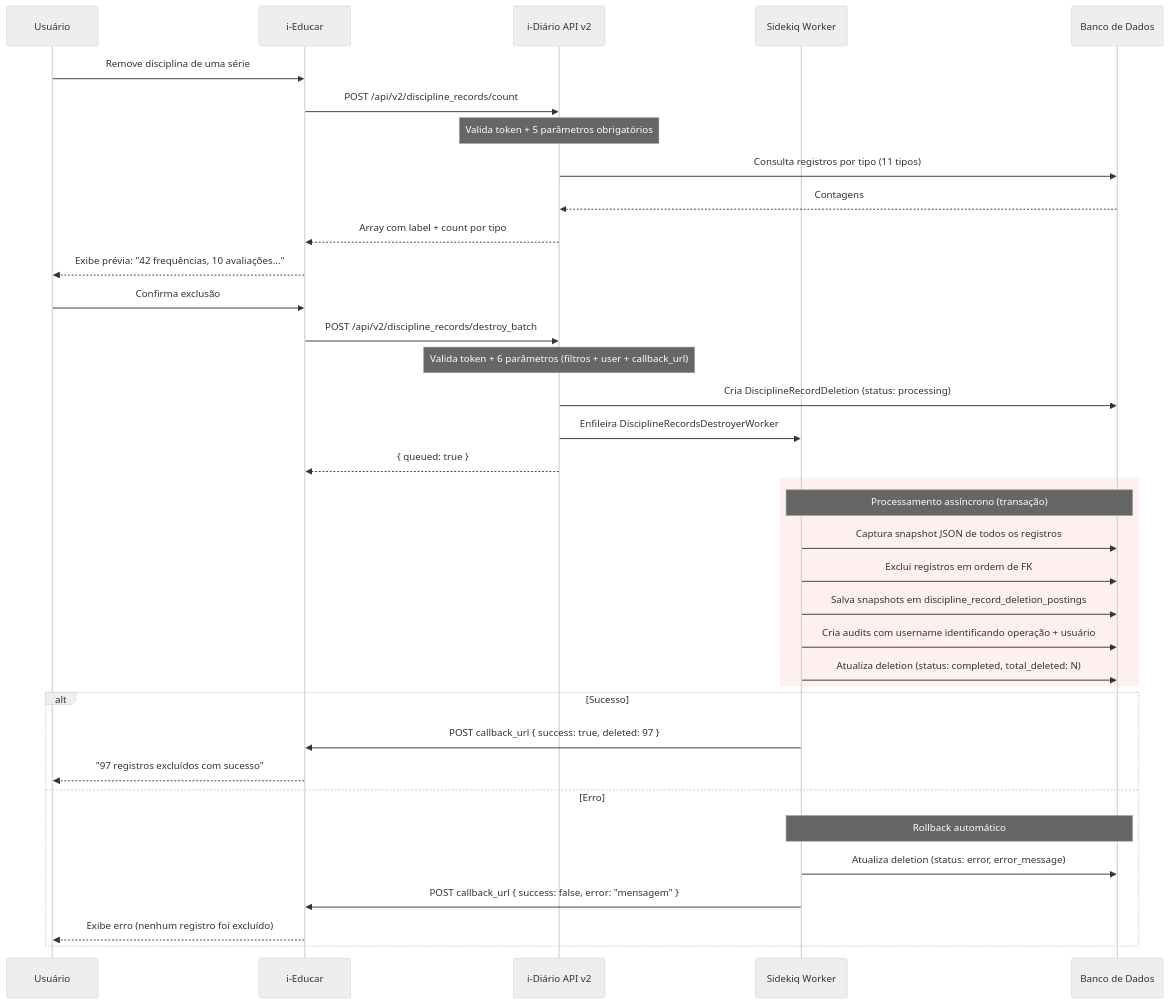
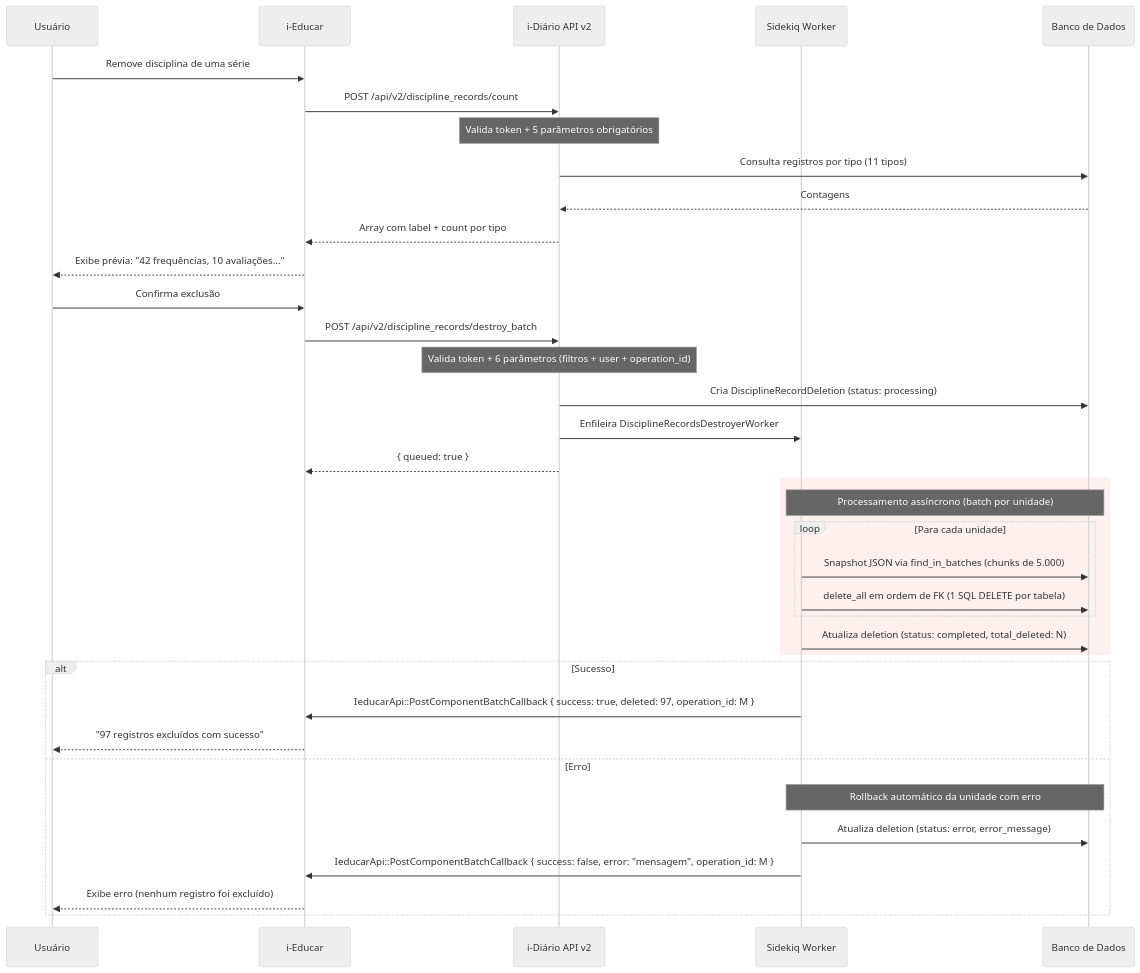
Before and after one commit to portabilis/i-diario: the first of 4 diagrams in docs/api-v2-exclusao-lote-disciplinas.md, drawn with Mermaid (neutral theme). The commit also changed other lines of this file, not shown here.

Commit message:
docs: atualiza documentação da API v2 com operation_id, delete_all e batch por unidade

````diff
--- a/docs/api-v2-exclusao-lote-disciplinas.md
+++ b/docs/api-v2-exclusao-lote-disciplinas.md
@@ -13,42 +13,42 @@
 ```mermaid
 sequenceDiagram
     participant Usuário
     participant iEducar as i-Educar
     participant API as i-Diário API v2
     participant Sidekiq as Sidekiq Worker
     participant DB as Banco de Dados
 
     Usuário->>iEducar: Remove disciplina de uma série
     iEducar->>API: POST /api/v2/discipline_records/count
     Note over API: Valida token + 5 parâmetros obrigatórios
     API->>DB: Consulta registros por tipo (11 tipos)
     DB-->>API: Contagens
     API-->>iEducar: Array com label + count por tipo
     iEducar-->>Usuário: Exibe prévia: "42 frequências, 10 avaliações..."
 
     Usuário->>iEducar: Confirma exclusão
     iEducar->>API: POST /api/v2/discipline_records/destroy_batch
-    Note over API: Valida token + 6 parâmetros (filtros + user + callback_url)
+    Note over API: Valida token + 6 parâmetros (filtros + user + operation_id)
     API->>DB: Cria DisciplineRecordDeletion (status: processing)
     API->>Sidekiq: Enfileira DisciplineRecordsDestroyerWorker
     API-->>iEducar: { queued: true }
 
     rect rgb(255, 240, 240)
-        Note over Sidekiq,DB: Processamento assíncrono (transação)
-        Sidekiq->>DB: Captura snapshot JSON de todos os registros
-        Sidekiq->>DB: Exclui registros em ordem de FK
-        Sidekiq->>DB: Salva snapshots em discipline_record_deletion_postings
-        Sidekiq->>DB: Cria audits com username identificando operação + usuário
+        Note over Sidekiq,DB: Processamento assíncrono (batch por unidade)
+        loop Para cada unidade
+            Sidekiq->>DB: Snapshot JSON via find_in_batches (chunks de 5.000)
+            Sidekiq->>DB: delete_all em ordem de FK (1 SQL DELETE por tabela)
+        end
         Sidekiq->>DB: Atualiza deletion (status: completed, total_deleted: N)
     end
 
     alt Sucesso
-        Sidekiq->>iEducar: POST callback_url { success: true, deleted: 97 }
+        Sidekiq->>iEducar: IeducarApi::PostComponentBatchCallback { success: true, deleted: 97, operation_id: M }
         iEducar-->>Usuário: "97 registros excluídos com sucesso"
     else Erro
-        Note over Sidekiq,DB: Rollback automático
+        Note over Sidekiq,DB: Rollback automático da unidade com erro
         Sidekiq->>DB: Atualiza deletion (status: error, error_message)
-        Sidekiq->>iEducar: POST callback_url { success: false, error: "mensagem" }
+        Sidekiq->>iEducar: IeducarApi::PostComponentBatchCallback { success: false, error: "mensagem", operation_id: M }
         iEducar-->>Usuário: Exibe erro (nenhum registro foi excluído)
     end
 ```
````
